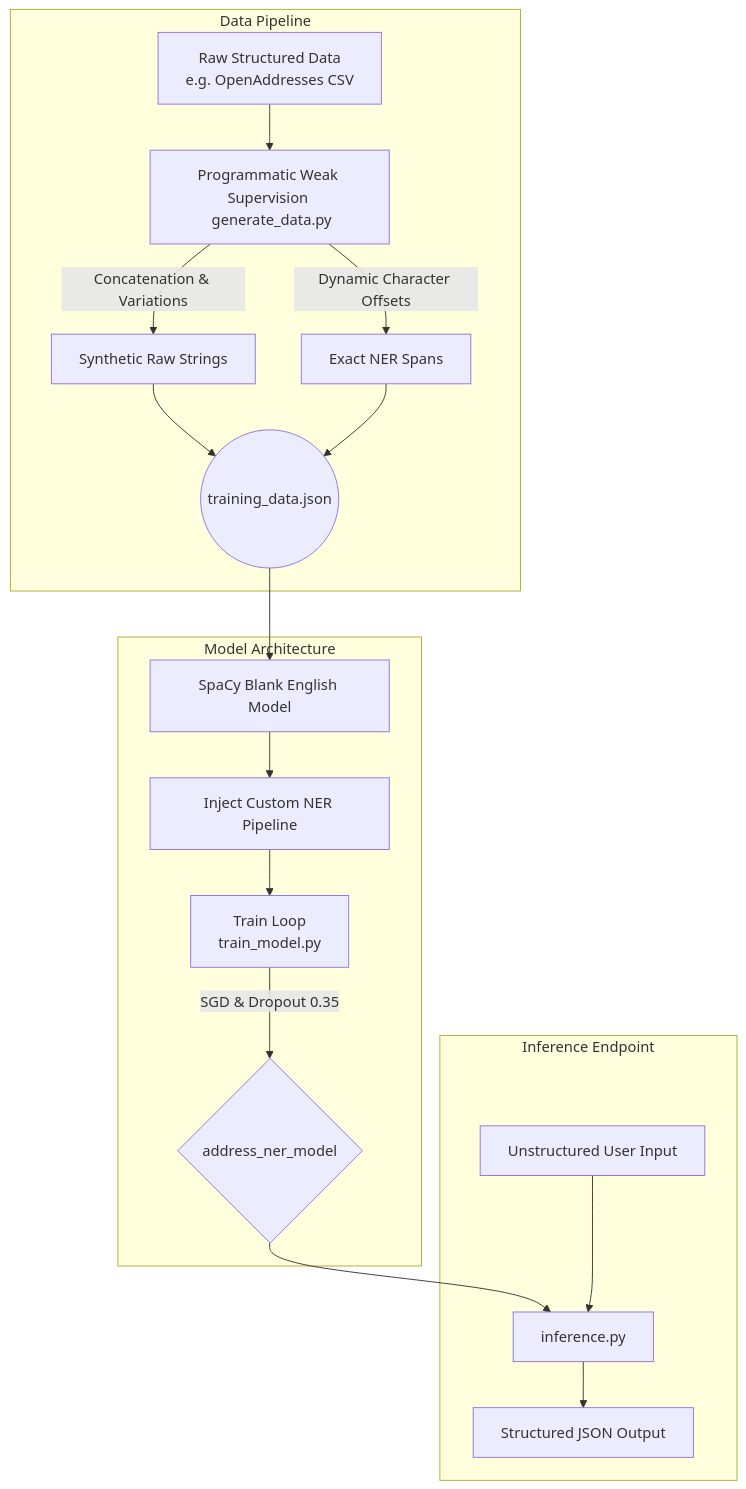
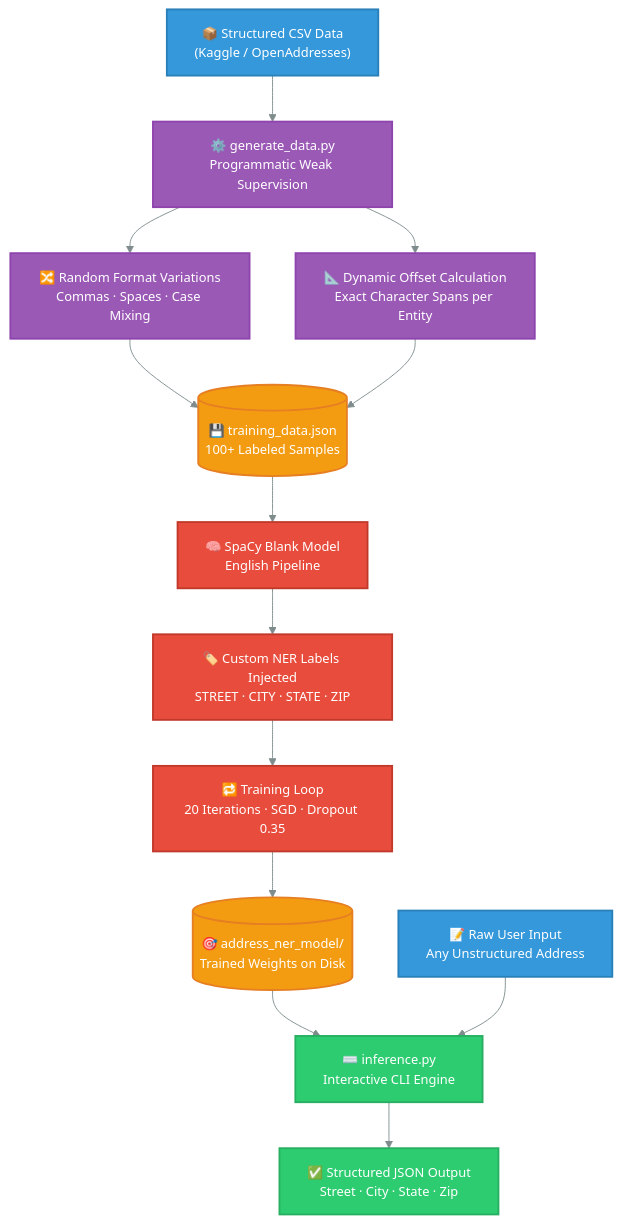
One commit to SHAILESH-RS-UPADHYAY/iota-address-parser changed the diagram in README.md. Above: the diagram before and after it, drawn with Mermaid. The commit also changed other lines of this file, not shown here.

Commit message:
feat: redesign README with colorful workflow diagram and add interactive inference CLI

````diff
--- a/README.md
+++ b/README.md
@@ -13,23 +37,36 @@
 ```mermaid
-graph TD
-    subgraph Data Pipeline
-        A[Raw Structured Data <br> e.g. OpenAddresses CSV] --> B[Programmatic Weak Supervision <br> generate_data.py]
-        B -->|Concatenation & Variations| C[Synthetic Raw Strings]
-        B -->|Dynamic Character Offsets| D[Exact NER Spans]
-        C --> E((training_data.json))
-        D --> E
-    end
+%%{init: {'theme': 'base', 'themeVariables': {'primaryColor': '#4A90D9', 'primaryTextColor': '#FFFFFF', 'primaryBorderColor': '#2C5F8A', 'secondaryColor': '#F39C12', 'tertiaryColor': '#2ECC71', 'lineColor': '#7F8C8D', 'fontSize': '14px'}}}%%
 
-    subgraph Model Architecture
-        E --> F[SpaCy Blank English Model]
-        F --> G[Inject Custom NER Pipeline]
-        G --> H[Train Loop <br> train_model.py]
-        H -->|SGD & Dropout 0.35| I{address_ner_model}
-    end
+flowchart TD
+    classDef dataNode fill:#3498DB,stroke:#2980B9,color:#fff,stroke-width:2px
+    classDef processNode fill:#9B59B6,stroke:#8E44AD,color:#fff,stroke-width:2px
+    classDef modelNode fill:#E74C3C,stroke:#C0392B,color:#fff,stroke-width:2px
+    classDef outputNode fill:#2ECC71,stroke:#27AE60,color:#fff,stroke-width:2px
+    classDef fileNode fill:#F39C12,stroke:#E67E22,color:#fff,stroke-width:2px
 
-    subgraph Inference Endpoint
-        I --> J[inference.py]
-        K[Unstructured User Input] --> J
-        J --> L[Structured JSON Output]
-    end
+    A["📦 Structured CSV Data<br/>(Kaggle / OpenAddresses)"]:::dataNode
+    B["⚙️ generate_data.py<br/>Programmatic Weak Supervision"]:::processNode
+    C["🔀 Random Format Variations<br/>Commas · Spaces · Case Mixing"]:::processNode
+    D["📐 Dynamic Offset Calculation<br/>Exact Character Spans per Entity"]:::processNode
+    E[("💾 training_data.json<br/>100+ Labeled Samples")]:::fileNode
+    F["🧠 SpaCy Blank Model<br/>English Pipeline"]:::modelNode
+    G["🏷️ Custom NER Labels Injected<br/>STREET · CITY · STATE · ZIP"]:::modelNode
+    H["🔁 Training Loop<br/>20 Iterations · SGD · Dropout 0.35"]:::modelNode
+    I[("🎯 address_ner_model/<br/>Trained Weights on Disk")]:::fileNode
+    J["⌨️ inference.py<br/>Interactive CLI Engine"]:::outputNode
+    K["📝 Raw User Input<br/>Any Unstructured Address"]:::dataNode
+    L["✅ Structured JSON Output<br/>Street · City · State · Zip"]:::outputNode
+
+    A --> B
+    B --> C
+    B --> D
+    C --> E
+    D --> E
+    E --> F
+    F --> G
+    G --> H
+    H --> I
+    I --> J
+    K --> J
+    J --> L
 ```
````
